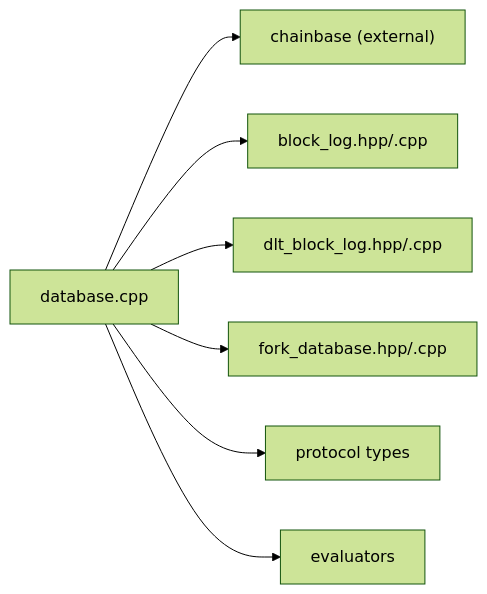
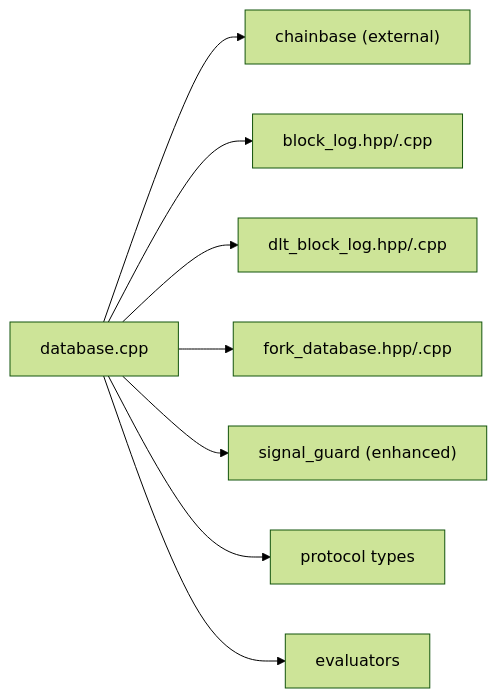
Before and after one commit to VIZ-Blockchain/viz-cpp-node: diagram 11 of 11 in .qoder/repowiki/en/content/Architecture Overview/Core Libraries/Chain Library/Database Management/Database Management.md, drawn with Mermaid (forest theme). The commit also changed other lines of this file and 4 other files, not shown here.

````diff
--- a/.qoder/repowiki/en/content/Architecture Overview/Core Libraries/Chain Library/Database Management/Database Management.md
+++ b/.qoder/repowiki/en/content/Architecture Overview/Core Libraries/Chain Library/Database Management/Database Management.md
@@ -438,9 +526,10 @@
 ```mermaid
 graph LR
 DB["database.cpp"] --> CB["chainbase (external)"]
 DB --> BL["block_log.hpp/.cpp"]
 DB --> DLT["dlt_block_log.hpp/.cpp"]
 DB --> FD["fork_database.hpp/.cpp"]
+DB --> SG["signal_guard (enhanced)"]
 DB --> PT["protocol types"]
 DB --> EV["evaluators"]
 ```
````
